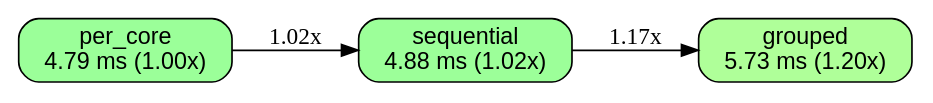
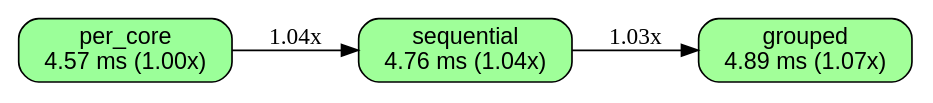
Before and after one commit to orgrinrt/hilavitkutin: the diagram in docs/BENCHES.accumulator_grouped.w1_g64_n1048576.linux-x86_64-c4-container-intel.dot, drawn with Graphviz. The commit also changed 36 other files, not shown here.

```diff
--- a/docs/BENCHES.accumulator_grouped.w1_g64_n1048576.linux-x86_64-c4-container-intel.dot
+++ b/docs/BENCHES.accumulator_grouped.w1_g64_n1048576.linux-x86_64-c4-container-intel.dot
@@ -1,16 +1,16 @@
 // AUTO-GENERATED: DO NOT EDIT DIRECTLY
 //
 // Generated by: mockspace (mock)
-// Generated at: 2026-11-19T21:47:03Z
+// Generated at: 2026-11-19T22:15:46Z
 // Source: mock/
 // To regenerate: cargo mock
 
 digraph "accumulator_grouped/w1_g64_n1048576 on linux-x86_64-c4-container-intel" {
   rankdir=LR;
   node [shape=box, style="rounded,filled", fontname="Helvetica"];
-  v0 [label="per_core\n4.79 ms (1.00x)", fillcolor="0.330 0.4 1.0"];
-  v1 [label="sequential\n4.88 ms (1.02x)", fillcolor="0.327 0.4 1.0"];
-  v2 [label="grouped\n5.73 ms (1.20x)", fillcolor="0.297 0.4 1.0"];
-  v0 -> v1 [label="1.02x"];
-  v1 -> v2 [label="1.17x"];
+  v0 [label="per_core\n4.57 ms (1.00x)", fillcolor="0.330 0.4 1.0"];
+  v1 [label="sequential\n4.76 ms (1.04x)", fillcolor="0.323 0.4 1.0"];
+  v2 [label="grouped\n4.89 ms (1.07x)", fillcolor="0.318 0.4 1.0"];
+  v0 -> v1 [label="1.04x"];
+  v1 -> v2 [label="1.03x"];
 }
```
